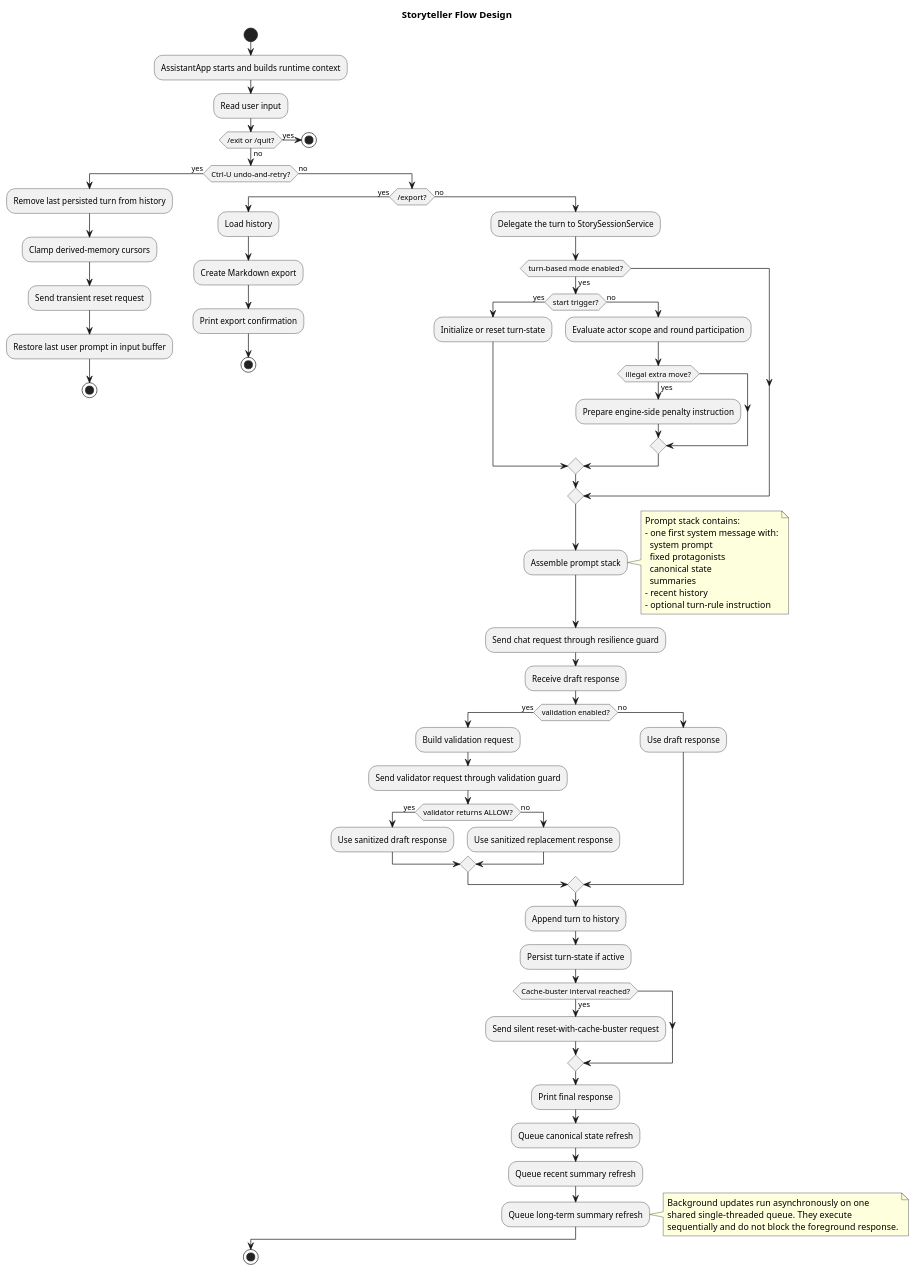
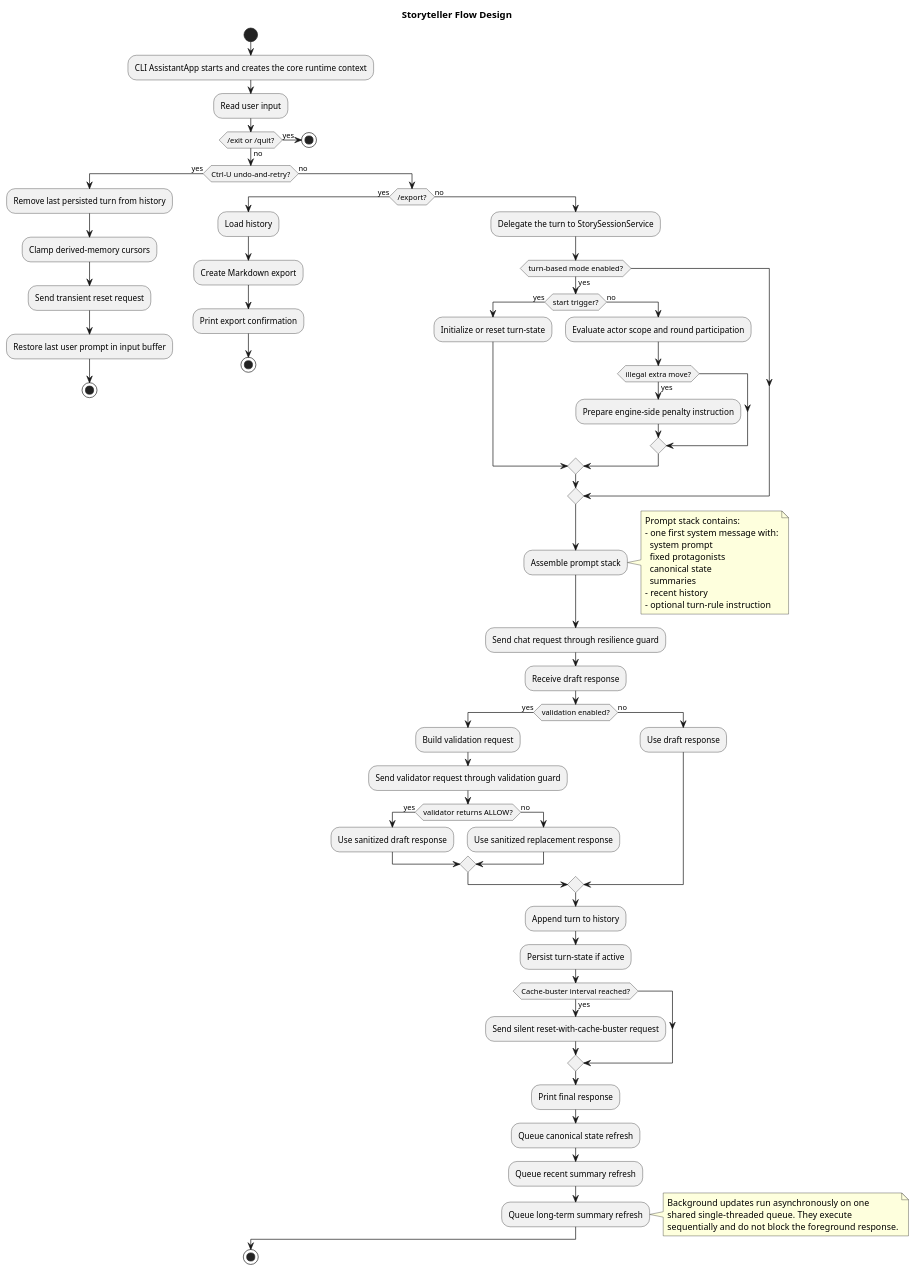
One commit to jbrugman/Assistant changed the diagram in docs/architecture/02-storyteller-flow-design.puml. Above: the diagram before and after it, drawn with PlantUML. The commit also changed 133 other files, not shown here.

```diff
--- a/docs/architecture/02-storyteller-flow-design.puml
+++ b/docs/architecture/02-storyteller-flow-design.puml
@@ -1,93 +1,93 @@
 @startuml
 title Storyteller Flow Design
 
 start
 
-:AssistantApp starts and builds runtime context;
+:CLI AssistantApp starts and creates the core runtime context;
 :Read user input;
 
 if (/exit or /quit?) then (yes)
   stop
 else (no)
 
   if (Ctrl-U undo-and-retry?) then (yes)
     :Remove last persisted turn from history;
     :Clamp derived-memory cursors;
     :Send transient reset request;
     :Restore last user prompt in input buffer;
     stop
   else (no)
 
     if (/export?) then (yes)
       :Load history;
       :Create Markdown export;
       :Print export confirmation;
       stop
     else (no)
 
       :Delegate the turn to StorySessionService;
 
       if (turn-based mode enabled?) then (yes)
         if (start trigger?) then (yes)
           :Initialize or reset turn-state;
         else (no)
           :Evaluate actor scope and round participation;
           if (illegal extra move?) then (yes)
             :Prepare engine-side penalty instruction;
           endif
         endif
       endif
 
       :Assemble prompt stack;
       note right
       Prompt stack contains:
       - one first system message with:
         system prompt
         fixed protagonists
         canonical state
         summaries
       - recent history
       - optional turn-rule instruction
       end note
 
       :Send chat request through resilience guard;
       :Receive draft response;
 
       if (validation enabled?) then (yes)
         :Build validation request;
         :Send validator request through validation guard;
 
         if (validator returns ALLOW?) then (yes)
           :Use sanitized draft response;
         else (no)
           :Use sanitized replacement response;
         endif
       else (no)
         :Use draft response;
       endif
 
       :Append turn to history;
       :Persist turn-state if active;
 
       if (Cache-buster interval reached?) then (yes)
         :Send silent reset-with-cache-buster request;
       endif
 
       :Print final response;
 
       :Queue canonical state refresh;
       :Queue recent summary refresh;
       :Queue long-term summary refresh;
 
       note right
       Background updates run asynchronously on one
       shared single-threaded queue. They execute
       sequentially and do not block the foreground response.
       end note
 
     endif
   endif
 endif
 
 stop
 @enduml
```
